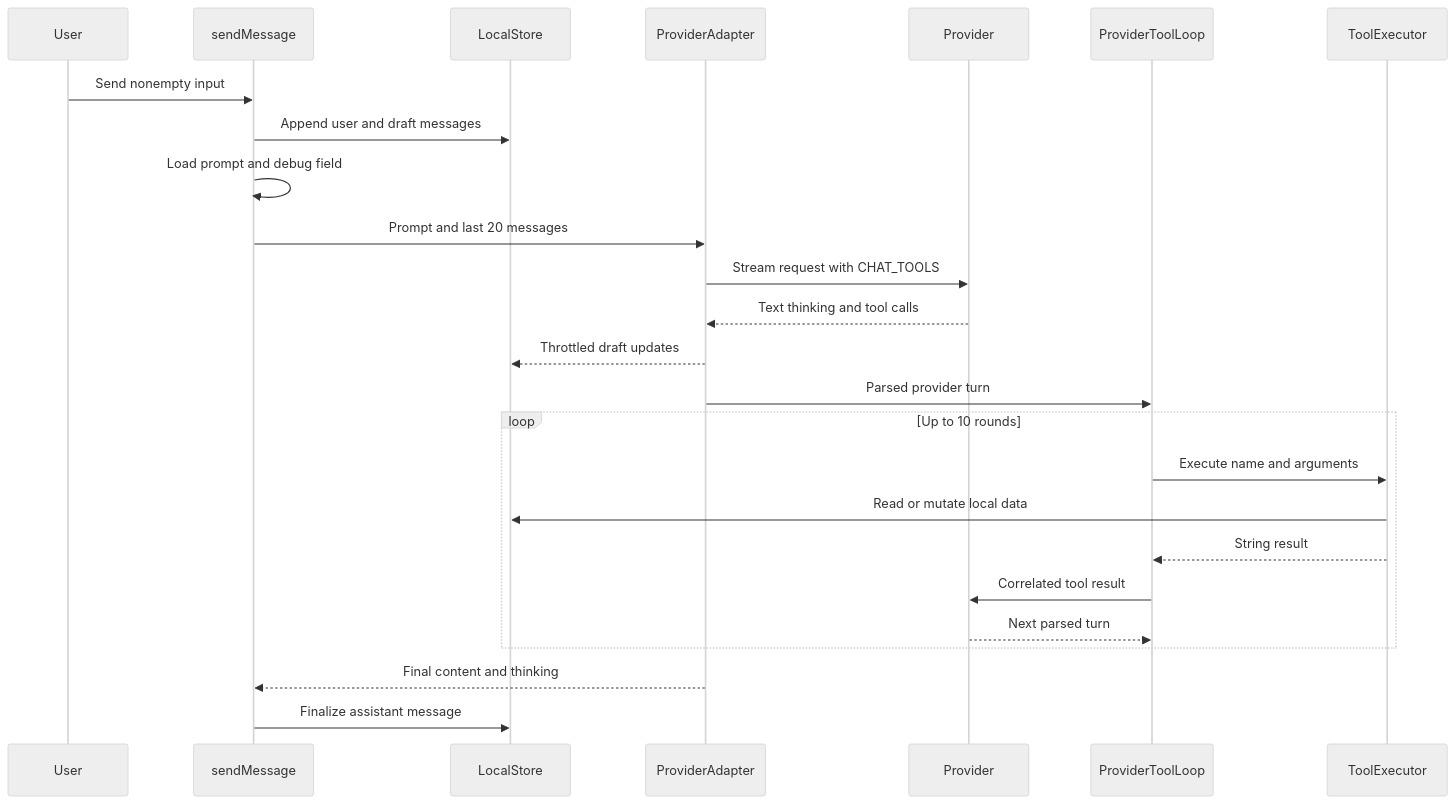
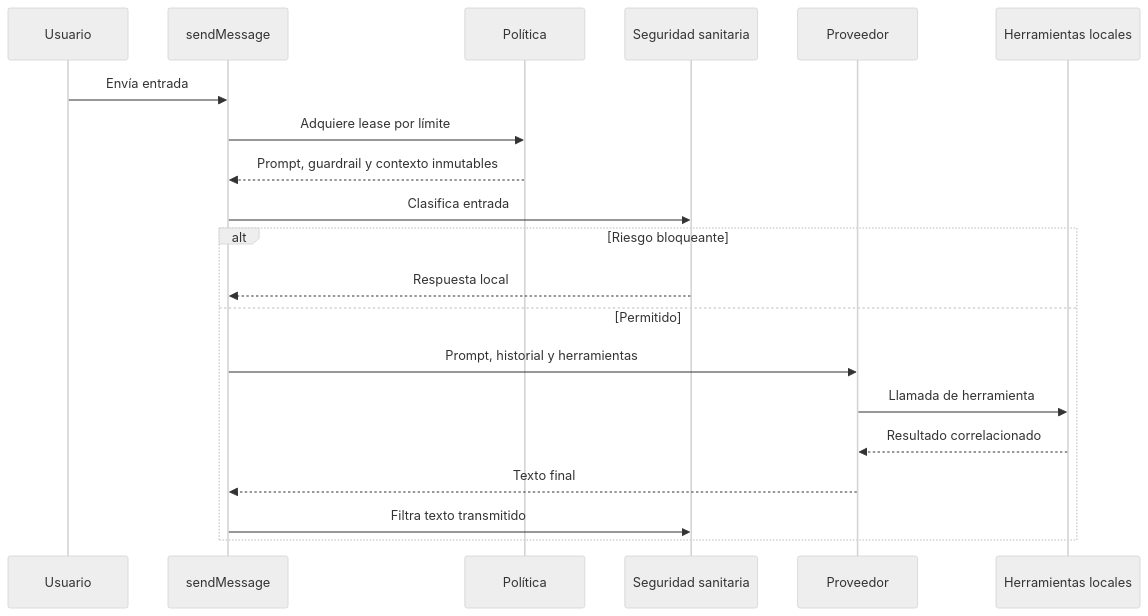
Before and after one commit to maximofn/gymnasia: the first of 2 diagrams in openwiki/agent/runtime.md, drawn with Mermaid (neutral theme). The commit also changed other lines of this file and 27 other files, not shown here.

````diff
--- a/openwiki/agent/runtime.md
+++ b/openwiki/agent/runtime.md
@@ -49,27 +63,22 @@
 ```mermaid
 sequenceDiagram
-    participant User
-    participant Send as sendMessage
-    participant Store as LocalStore
-    participant Adapter as ProviderAdapter
-    participant Provider
-    participant ToolLoop as ProviderToolLoop
-    participant Executor as ToolExecutor
-    User->>Send: Send nonempty input
-    Send->>Store: Append user and draft messages
-    Send->>Send: Load prompt and debug field
-    Send->>Adapter: Prompt and last 20 messages
-    Adapter->>Provider: Stream request with CHAT_TOOLS
-    Provider-->>Adapter: Text thinking and tool calls
-    Adapter-->>Store: Throttled draft updates
-    Adapter->>ToolLoop: Parsed provider turn
-    loop Up to 10 rounds
-        ToolLoop->>Executor: Execute name and arguments
-        Executor->>Store: Read or mutate local data
-        Executor-->>ToolLoop: String result
-        ToolLoop->>Provider: Correlated tool result
-        Provider-->>ToolLoop: Next parsed turn
+    participant User as Usuario
+    participant Chat as sendMessage
+    participant Lease as Política
+    participant Safety as Seguridad sanitaria
+    participant Provider as Proveedor
+    participant Tools as Herramientas locales
+    User->>Chat: Envía entrada
+    Chat->>Lease: Adquiere lease por límite
+    Lease-->>Chat: Prompt, guardrail y contexto inmutables
+    Chat->>Safety: Clasifica entrada
+    alt Riesgo bloqueante
+        Safety-->>Chat: Respuesta local
+    else Permitido
+        Chat->>Provider: Prompt, historial y herramientas
+        Provider->>Tools: Llamada de herramienta
+        Tools-->>Provider: Resultado correlacionado
+        Provider-->>Chat: Texto final
+        Chat->>Safety: Filtra texto transmitido
     end
-    Adapter-->>Send: Final content and thinking
-    Send->>Store: Finalize assistant message
 ```
````
